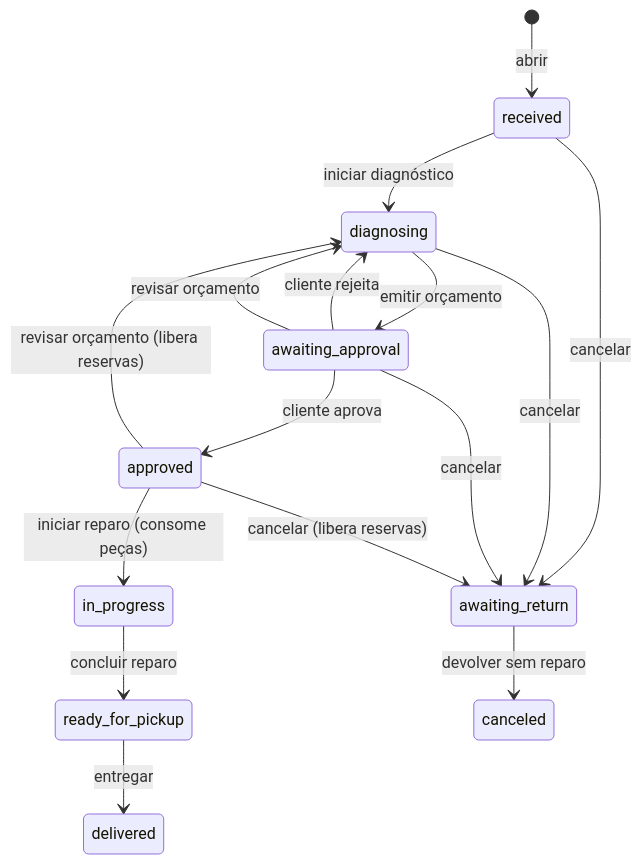
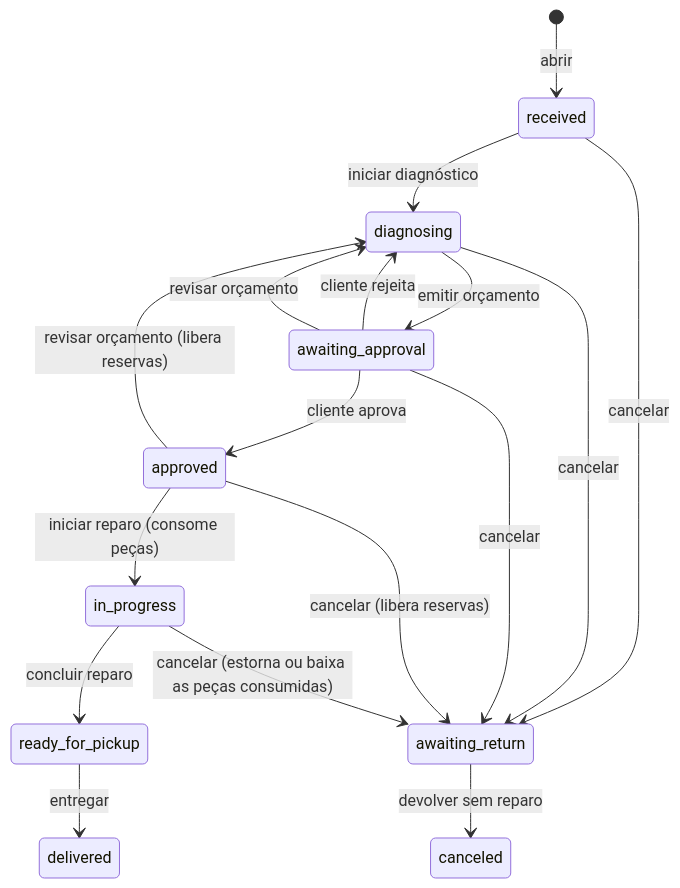
One commit to joaopedroplinta/oficinaflow changed the second of 2 diagrams in README.md. Above: the diagram before and after it, drawn with Mermaid. The commit also changed other lines of this file and 20 other files, not shown here.

Commit message:
feat: return movements in the ledger and cancelling a repair in progress

````diff
--- a/README.md
+++ b/README.md
@@ -114,20 +114,21 @@
 ```mermaid
 stateDiagram-v2
     [*] --> received : abrir
     received --> diagnosing : iniciar diagnóstico
     diagnosing --> awaiting_approval : emitir orçamento
     awaiting_approval --> approved : cliente aprova
     awaiting_approval --> diagnosing : cliente rejeita
     approved --> in_progress : iniciar reparo (consome peças)
     in_progress --> ready_for_pickup : concluir reparo
     ready_for_pickup --> delivered : entregar
 
     received --> awaiting_return : cancelar
     diagnosing --> awaiting_return : cancelar
     awaiting_approval --> awaiting_return : cancelar
     approved --> awaiting_return : cancelar (libera reservas)
+    in_progress --> awaiting_return : cancelar (estorna ou baixa as peças consumidas)
     awaiting_return --> canceled : devolver sem reparo
 
     awaiting_approval --> diagnosing : revisar orçamento
     approved --> diagnosing : revisar orçamento (libera reservas)
 ```
````
